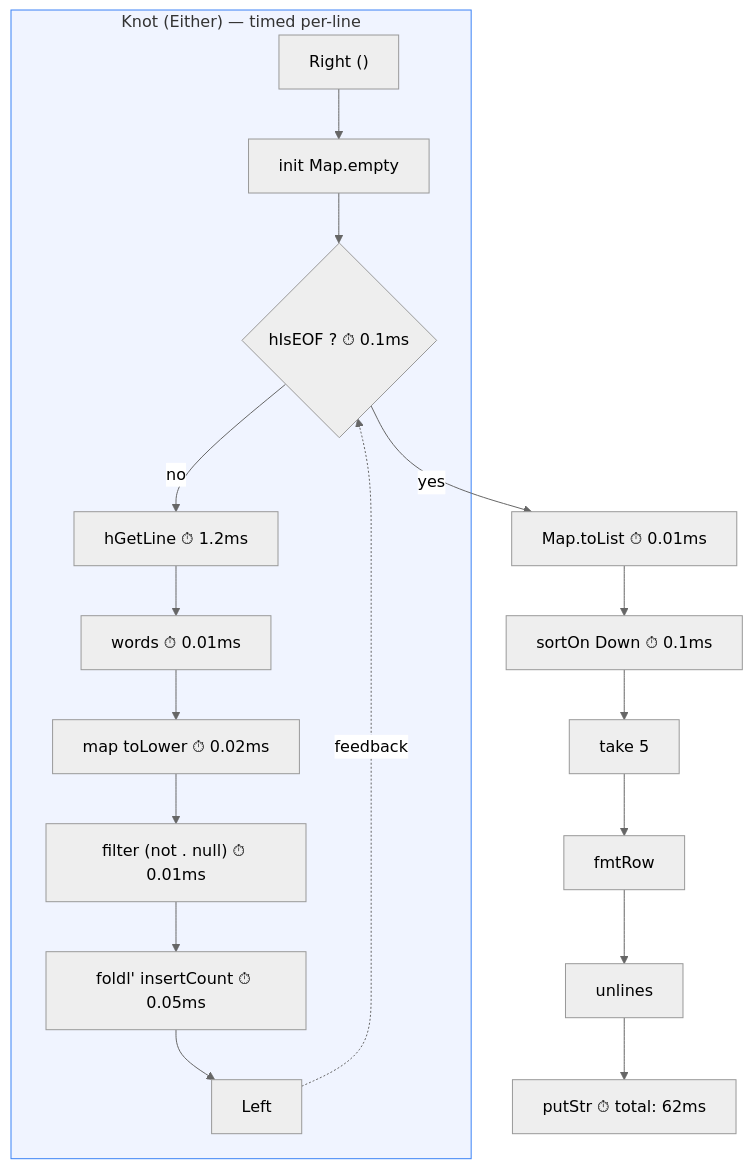
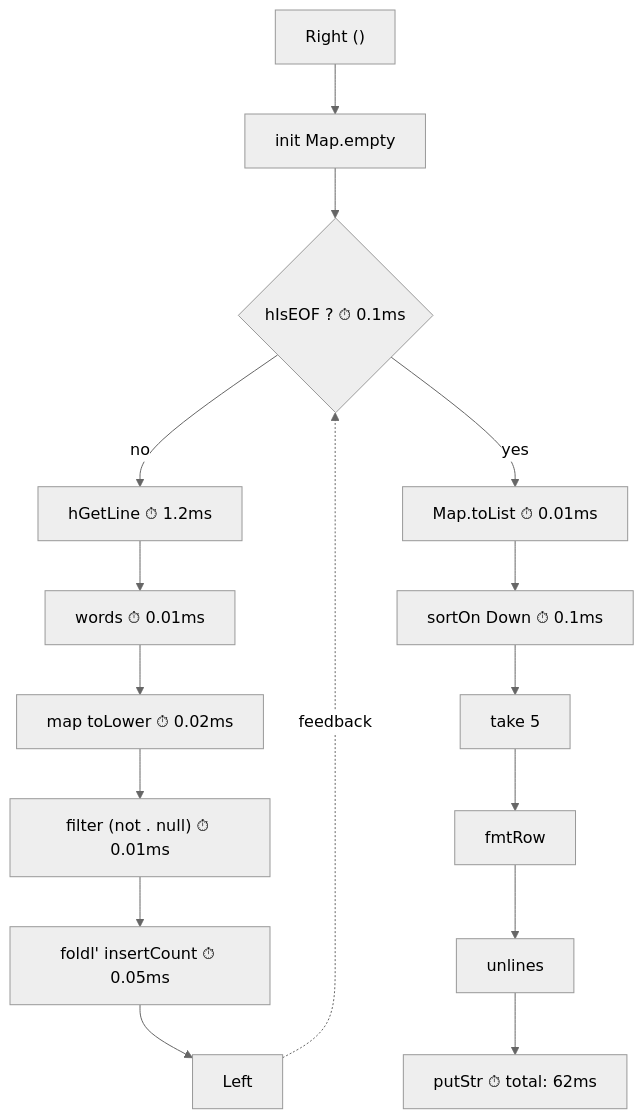
One commit to tonyday567/circuits changed the second of 2 diagrams in examples/words.md. Above: the diagram before and after it, drawn with Mermaid (neutral theme). The commit also changed other lines of this file and 4 other files, not shown here.

Commit message:
examples/words: drop subgraph borders from mermaid diagrams

````diff
--- a/examples/words.md
+++ b/examples/words.md
@@ -178,23 +174,19 @@
 ```mermaid
 flowchart TD
-    subgraph Loop["Knot (Either) — timed per-line"]
-        B["Right ()"] --> C["init Map.empty"]
+    B["Right ()"] --> C["init Map.empty"]
         C --> D{"hIsEOF ? ⏱ 0.1ms"}
         D -->|"no"| E["hGetLine ⏱ 1.2ms"]
         E --> F["words ⏱ 0.01ms"]
         F --> G["map toLower ⏱ 0.02ms"]
         G --> H["filter (not . null) ⏱ 0.01ms"]
         H --> I["foldl' insertCount ⏱ 0.05ms"]
         I --> J["Left"]
         J -.->|"feedback"| D
-    end
 
     D -->|"yes"| K["Map.toList ⏱ 0.01ms"]
     K --> L["sortOn Down ⏱ 0.1ms"]
     L --> M["take 5 "]
     M --> N["fmtRow"]
     N --> O["unlines"]
     O --> P["putStr ⏱ total: 62ms"]
-
-    style Loop fill:#f0f4ff,stroke:#3b82f6
 ```
````
